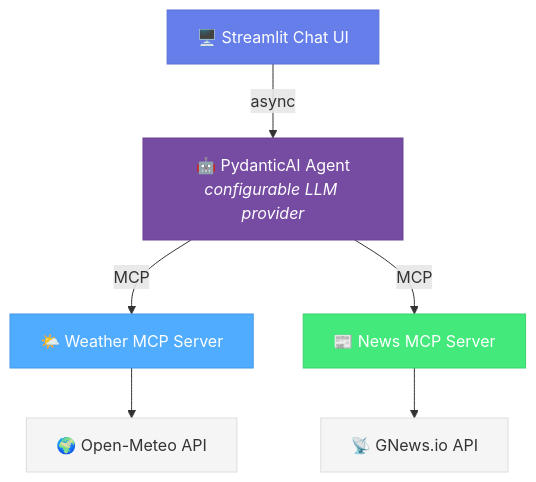
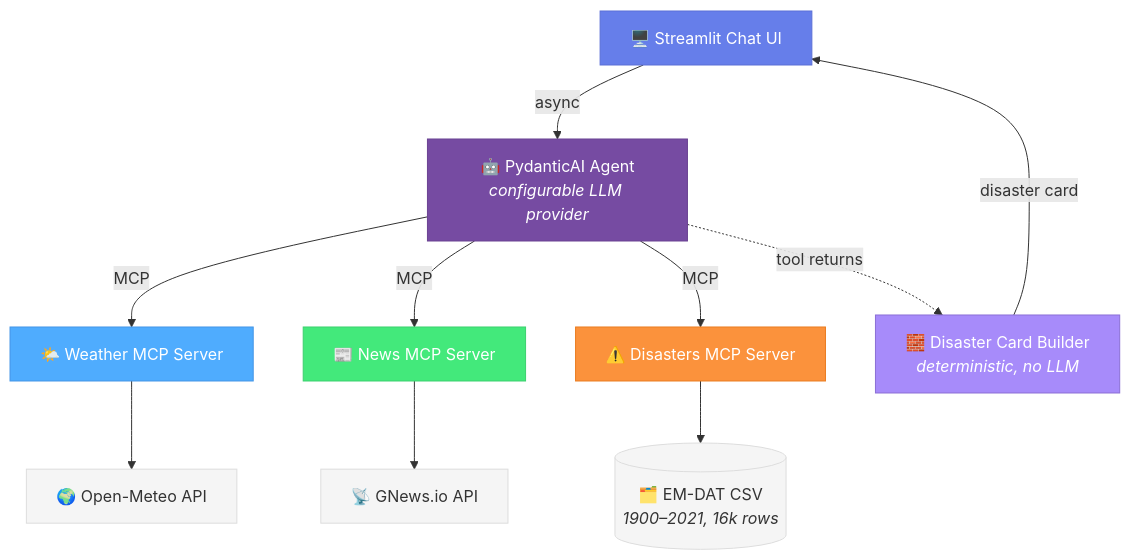
The diagram in README.md (oginskis/weatherwise), drawn with Mermaid before and after one commit. The commit also changed other lines of this file and 3 other files, not shown here.

````diff
--- a/README.md
+++ b/README.md
@@ -11,22 +11,32 @@
 ```mermaid
 graph TD
     UI["🖥️ Streamlit Chat UI"]
     Agent["🤖 PydanticAI Agent<br/><i>configurable LLM provider</i>"]
     WeatherMCP["🌤️ Weather MCP Server"]
     NewsMCP["📰 News MCP Server"]
+    DisastersMCP["⚠️ Disasters MCP Server"]
     OpenMeteo["🌍 Open-Meteo API"]
     GNews["📡 GNews.io API"]
+    EMDAT[("🗂️ EM-DAT CSV<br/><i>1900–2021, 16k rows</i>")]
+    CardBuilder["🧱 Disaster Card Builder<br/><i>deterministic, no LLM</i>"]
 
     UI -->|async| Agent
     Agent -->|MCP| WeatherMCP
     Agent -->|MCP| NewsMCP
+    Agent -->|MCP| DisastersMCP
     WeatherMCP --> OpenMeteo
     NewsMCP --> GNews
+    DisastersMCP --> EMDAT
+    Agent -.tool returns.-> CardBuilder
+    CardBuilder -->|disaster card| UI
 
     style UI fill:#667eea,stroke:#5a6fd6,color:#fff
     style Agent fill:#764ba2,stroke:#6a4292,color:#fff
     style WeatherMCP fill:#4facfe,stroke:#4495e6,color:#fff
     style NewsMCP fill:#43e97b,stroke:#3cd06e,color:#fff
+    style DisastersMCP fill:#fb923c,stroke:#ea7c20,color:#fff
+    style CardBuilder fill:#a78bfa,stroke:#8b6fd6,color:#fff
     style OpenMeteo fill:#f5f5f5,stroke:#ddd,color:#333
     style GNews fill:#f5f5f5,stroke:#ddd,color:#333
+    style EMDAT fill:#f5f5f5,stroke:#ddd,color:#333
 ```
````
